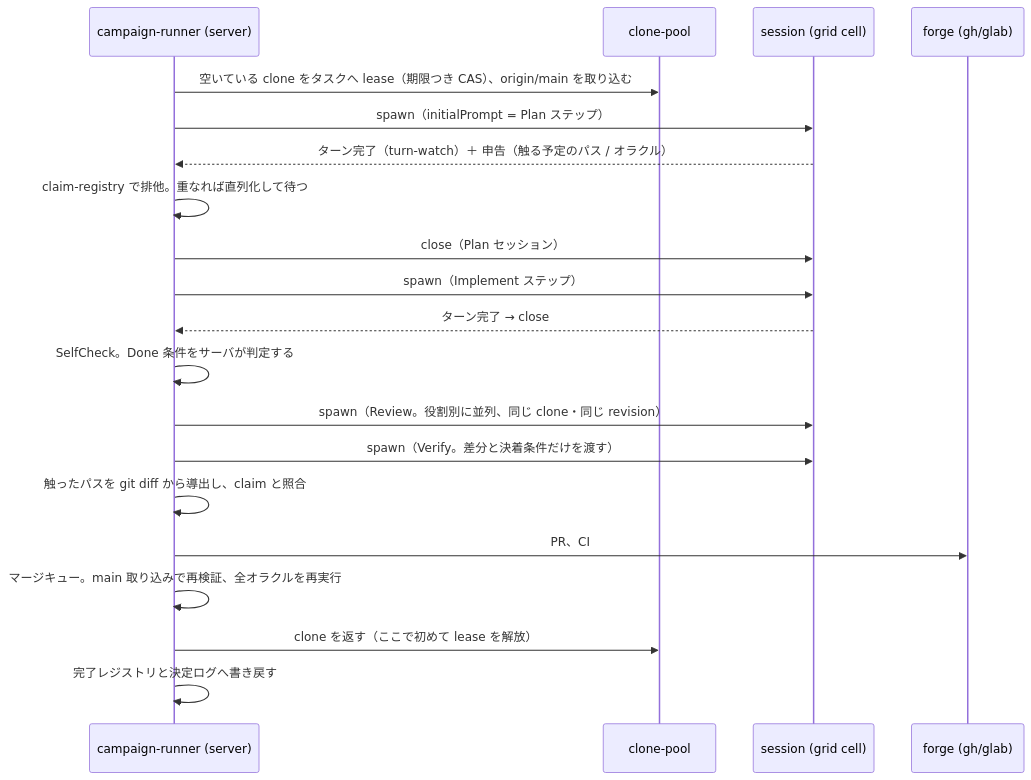
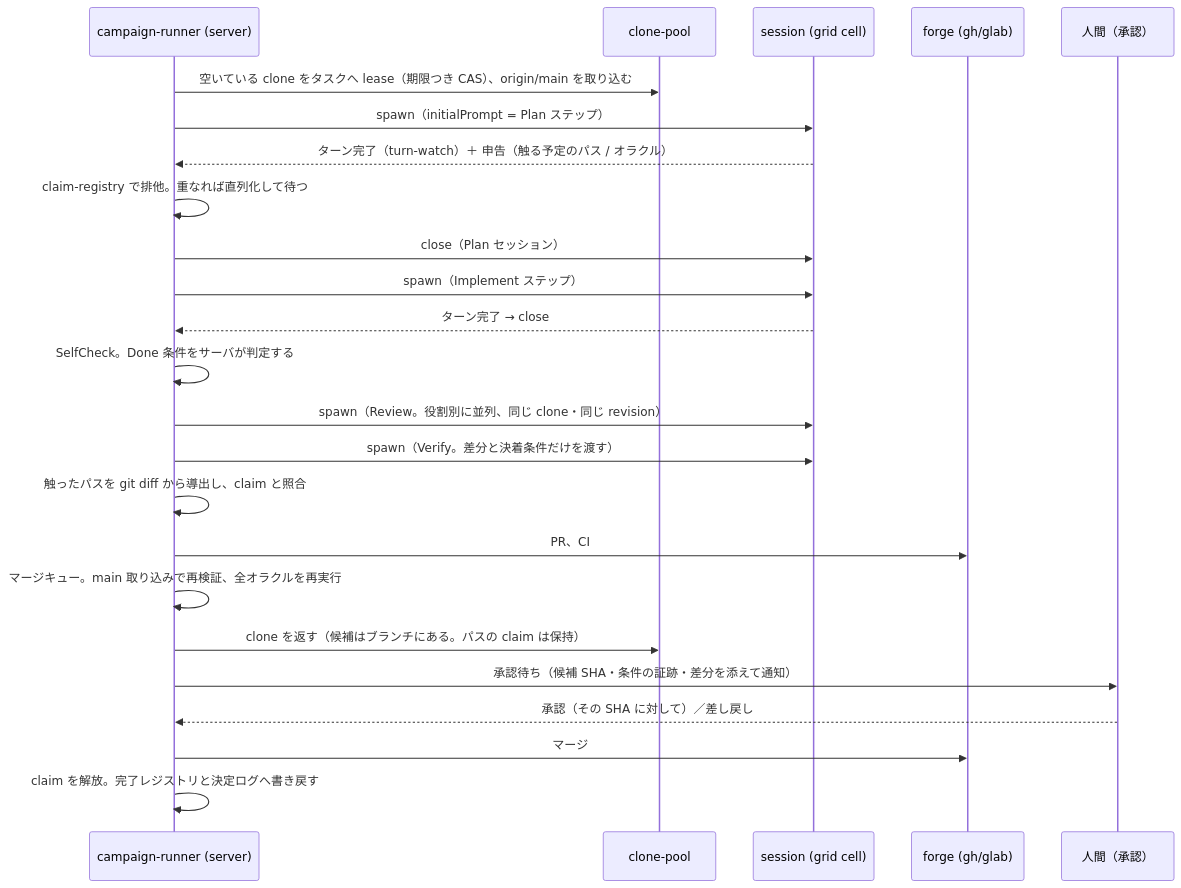
Before and after one commit to highfar-projects/mulmoterminal: the diagram in future/grid-campaign-mode.md, drawn with Mermaid. The commit also changed other lines of this file and 1 other file, not shown here.

Commit message:
fix: address Codex review iter-14 — 人間ゲートにしたのに状態機械は直接マージしていた
6章のゲート表を人間に変えたが、状態機械と sequence は MergeQueue から
そのまま Merged へ行っていた。承認が状態として残らないと、
機械が確かめた条件と人間が押した事実が結びつかない。

AwaitingApproval を追加し、そこに付随する規則を書いた:
- 承認は候補 SHA に対して与える。PR の head が動いたら無効になり MergeQueue へ戻る
- 待っている間 clone は返す（候補はブランチにある）が、パスの claim は保持する。
  解放すると別タスクが同じ場所を触り、承認済みの差分が古くなる
- 停止と予算は承認待ちにも効く（AwaitingApproval --> Stopped / Orphaned）
- 待ち時間に上限は置かない（人間が押さないことは異常ではない）が、
  承認待ちが並列度を食い潰すので、溜まったら新しいタスクの供給を止める

grid 側の sequence にも承認のやり取りを入れた。mermaid 3ブロックのパース確認済み。

refs #1815

Claude-Session: https://claude.ai/code/session_01FQQE6E47PJduinaJdi5yG8

````diff
--- a/future/grid-campaign-mode.md
+++ b/future/grid-campaign-mode.md
@@ -265,22 +265,26 @@
 ```mermaid
 sequenceDiagram
     participant O as campaign-runner (server)
     participant C as clone-pool
     participant S as session (grid cell)
     participant G as forge (gh/glab)
+    participant H as 人間（承認）
     O->>C: 空いている clone をタスクへ lease（期限つき CAS）、origin/main を取り込む
     O->>S: spawn（initialPrompt = Plan ステップ）
     S-->>O: ターン完了（turn-watch）＋ 申告（触る予定のパス / オラクル）
     O->>O: claim-registry で排他。重なれば直列化して待つ
     O->>S: close（Plan セッション）
     O->>S: spawn（Implement ステップ）
     S-->>O: ターン完了 → close
     O->>O: SelfCheck。Done 条件をサーバが判定する
     O->>S: spawn（Review。役割別に並列、同じ clone・同じ revision）
     O->>S: spawn（Verify。差分と決着条件だけを渡す）
     O->>O: 触ったパスを git diff から導出し、claim と照合
     O->>G: PR、CI
     O->>O: マージキュー。main 取り込みで再検証、全オラクルを再実行
-    O->>C: clone を返す（ここで初めて lease を解放）
-    O->>O: 完了レジストリと決定ログへ書き戻す
+    O->>C: clone を返す（候補はブランチにある。パスの claim は保持）
+    O->>H: 承認待ち（候補 SHA・条件の証跡・差分を添えて通知）
+    H-->>O: 承認（その SHA に対して）／差し戻し
+    O->>G: マージ
+    O->>O: claim を解放。完了レジストリと決定ログへ書き戻す
 ```
````
